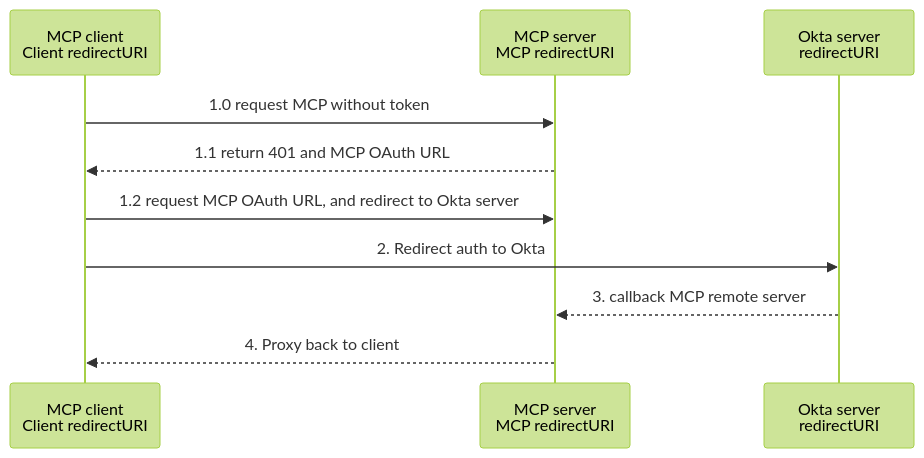
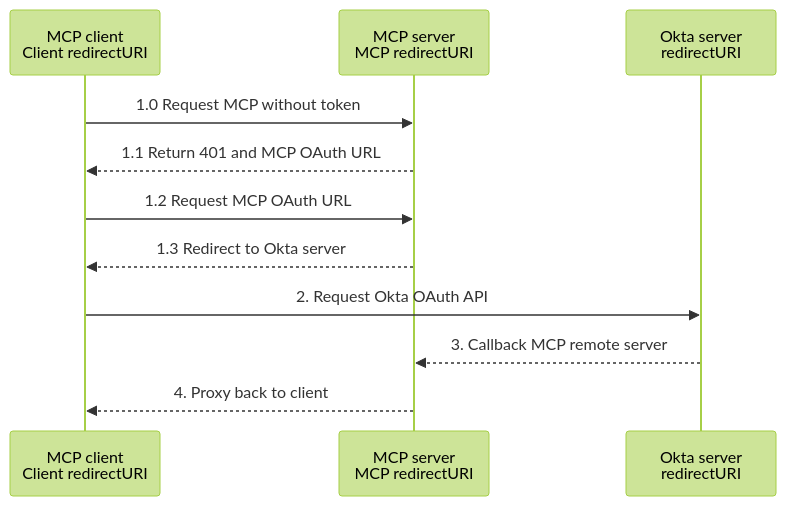
The diagram in docs/oauth.md (Vungle/mcp-trino), drawn with Mermaid (forest theme) before and after one commit.

````diff
--- a/docs/oauth.md
+++ b/docs/oauth.md
@@ -27,21 +27,21 @@
 ```mermaid
 sequenceDiagram
     participant MCP_Client as MCP client<br/>Client redirectURI
     participant MCP_Server as MCP server<br/>MCP redirectURI
     participant Okta_Server as Okta server<br/>redirectURI
 
     %% Step 1 - Auth to MCP
-    MCP_Client->>MCP_Server: 1.0 request MCP without token
-    MCP_Server-->>MCP_Client: 1.1 return 401 and MCP OAuth URL
-
-    MCP_Client->>MCP_Server: 1.2 request MCP OAuth URL, and redirect to Okta server
+    MCP_Client->>MCP_Server: 1.0 Request MCP without token
+    MCP_Server-->>MCP_Client: 1.1 Return 401 and MCP OAuth URL
+    MCP_Client->>MCP_Server: 1.2 Request MCP OAuth URL
+    MCP_Server-->>MCP_Client: 1.3 Redirect to Okta server
 
     %% Step 2 - request to Okta
-    MCP_Client->>Okta_Server: 2. Redirect auth to Okta
+    MCP_Client->>Okta_Server: 2. Request Okta OAuth API
 
     %% Step 3 - Callback from Okta
-    Okta_Server-->>MCP_Server: 3. callback MCP remote server
+    Okta_Server-->>MCP_Server: 3. Callback MCP remote server
 
     %% Step 4 - Proxy back to client
     MCP_Server-->>MCP_Client: 4. Proxy back to client
 ```
````
